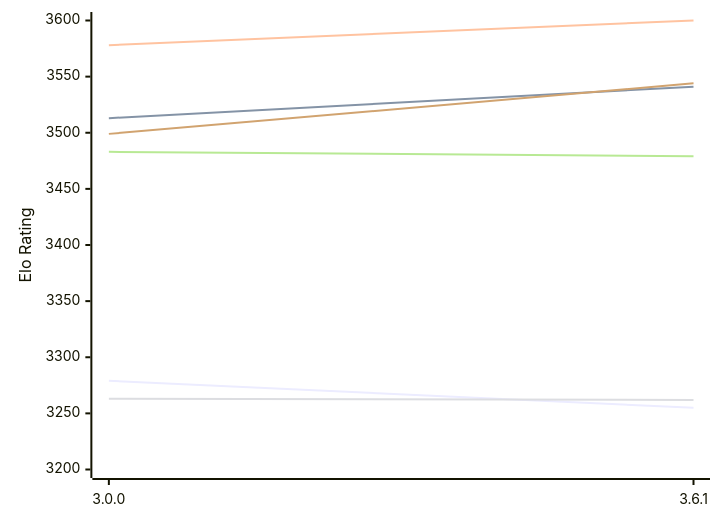
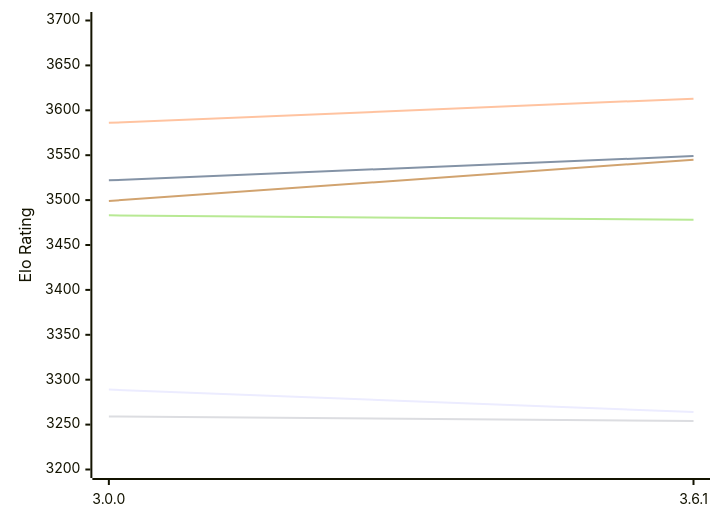
One commit to computer-chess-index/cci changed the diagram in engines/Peras.md. Above: the diagram before and after it, drawn with Mermaid. The commit also changed other lines of this file, not shown here.

Commit message:
Update CCI Ratings (ELO VLTC) - 2026-11-16

````diff
--- a/engines/Peras.md
+++ b/engines/Peras.md
@@ -49,12 +49,12 @@
 ```mermaid
 %%{init: {"theme":"base","themeVariables":{"seriesColors:['#a3a3a3','#222221','#faa371']}}}%%
 xychart-beta
   x-axis ["3.0.0", "3.6.1"]
-  y-axis "Elo Rating" 3200 --> 3600
-  line "E1: STC (8.0+0.08s)" [3279, 3255]
-  line "E1: LTC (60.0+0.60s)" [3513, 3541]
-  line "E1: VLTC (2m24s+1.12s)" [3578, 3600]
-  line "P1: STC (8.0+0.08s)" [3263, 3262]
-  line "P1: LTC (60.0+0.60s)" [3483, 3479]
-  line "P1: VLTC (2m24s+1.12s)" [3499, 3544]
+  y-axis "Elo Rating" 3200 --> 3700
+  line "E1: STC (8.0+0.08s)" [3289, 3264]
+  line "E1: LTC (60.0+0.60s)" [3522, 3549]
+  line "E1: VLTC (2m24s+1.12s)" [3586, 3613]
+  line "P1: STC (8.0+0.08s)" [3259, 3254]
+  line "P1: LTC (60.0+0.60s)" [3483, 3478]
+  line "P1: VLTC (2m24s+1.12s)" [3499, 3545]
 ```
````
